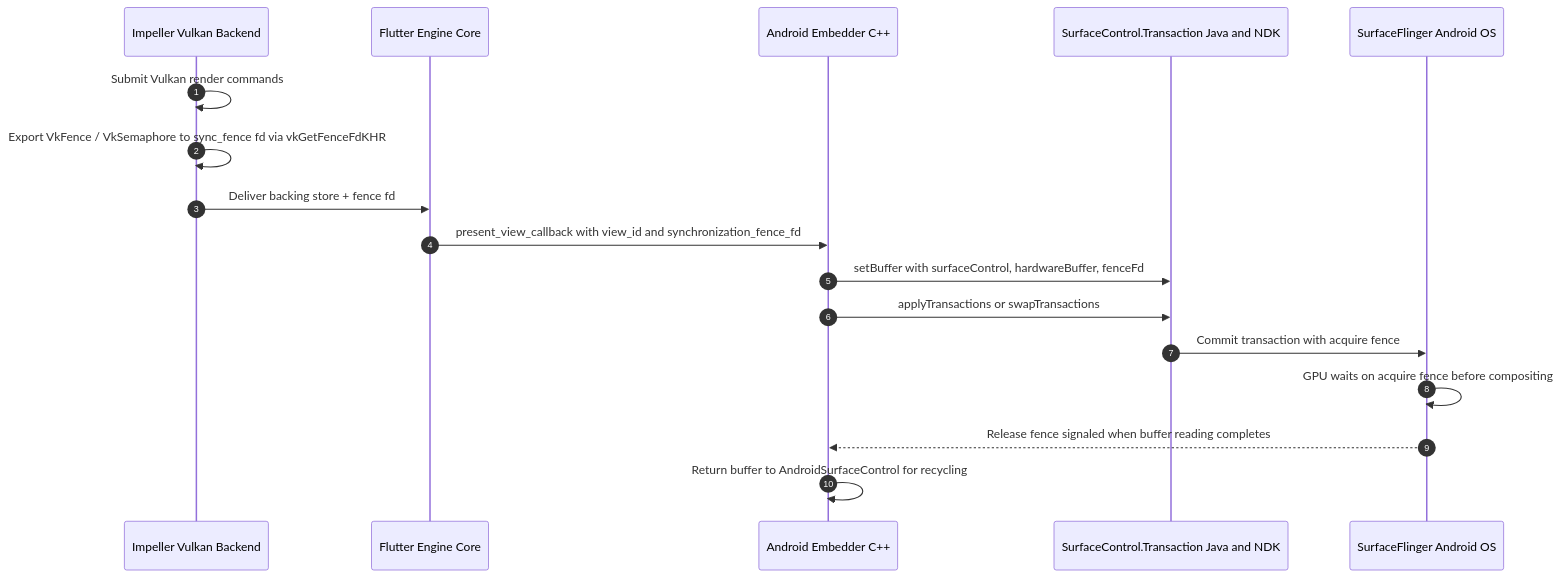
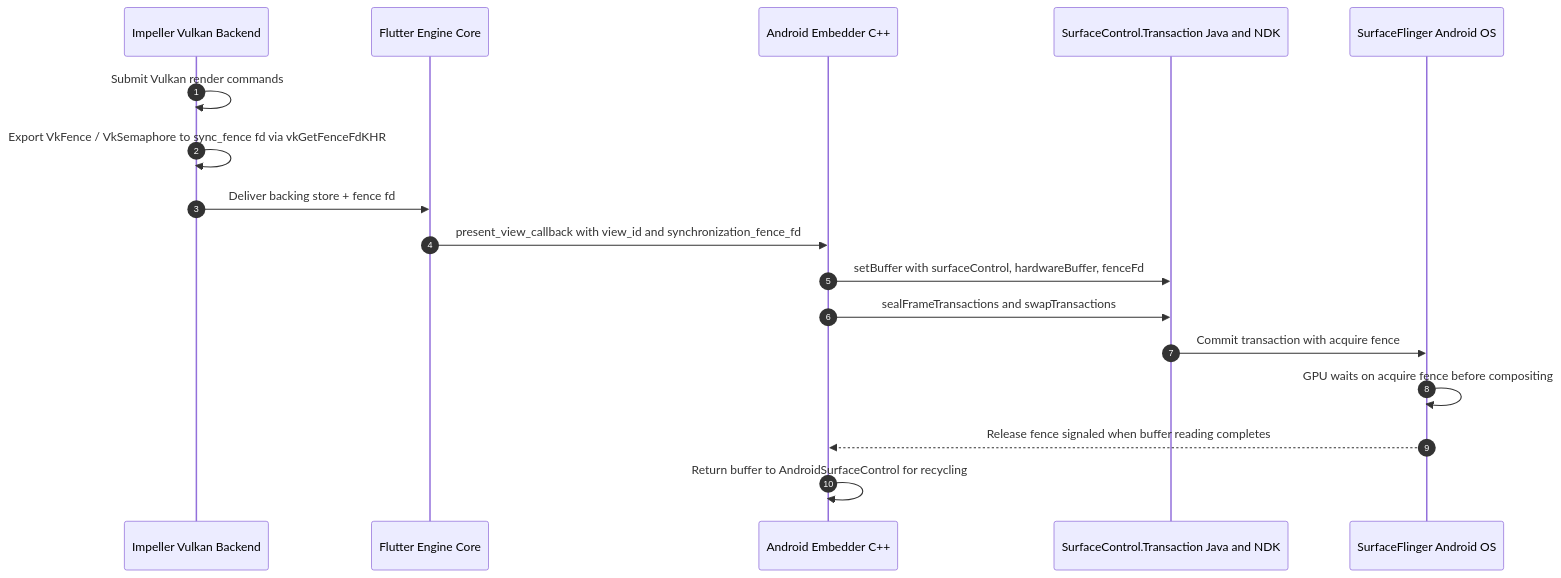
One commit to flutter/rfc changed the fifth of 12 diagrams in rfc/410.0000-flutter-android-embedder-c-api-migration.md. Above: the diagram before and after it, drawn with Mermaid. The commit also changed other lines of this file, not shown here.

````diff
--- a/rfc/410.0000-flutter-android-embedder-c-api-migration.md
+++ b/rfc/410.0000-flutter-android-embedder-c-api-migration.md
@@ -749,20 +837,20 @@
 ```mermaid
 sequenceDiagram
     autonumber
     participant Impeller as Impeller Vulkan Backend
     participant Engine as Flutter Engine Core
     participant Embedder as Android Embedder C++
     participant SC as SurfaceControl.Transaction Java and NDK
     participant SF as SurfaceFlinger Android OS
 
     Impeller->>Impeller: Submit Vulkan render commands
     Impeller->>Impeller: Export VkFence / VkSemaphore to sync_fence fd via vkGetFenceFdKHR
     Impeller->>Engine: Deliver backing store + fence fd
     Engine->>Embedder: present_view_callback with view_id and synchronization_fence_fd
     Embedder->>SC: setBuffer with surfaceControl, hardwareBuffer, fenceFd
-    Embedder->>SC: applyTransactions or swapTransactions
+    Embedder->>SC: sealFrameTransactions and swapTransactions
     SC->>SF: Commit transaction with acquire fence
     SF->>SF: GPU waits on acquire fence before compositing
     SF-->>Embedder: Release fence signaled when buffer reading completes
     Embedder->>Embedder: Return buffer to AndroidSurfaceControl for recycling
 ```
````
